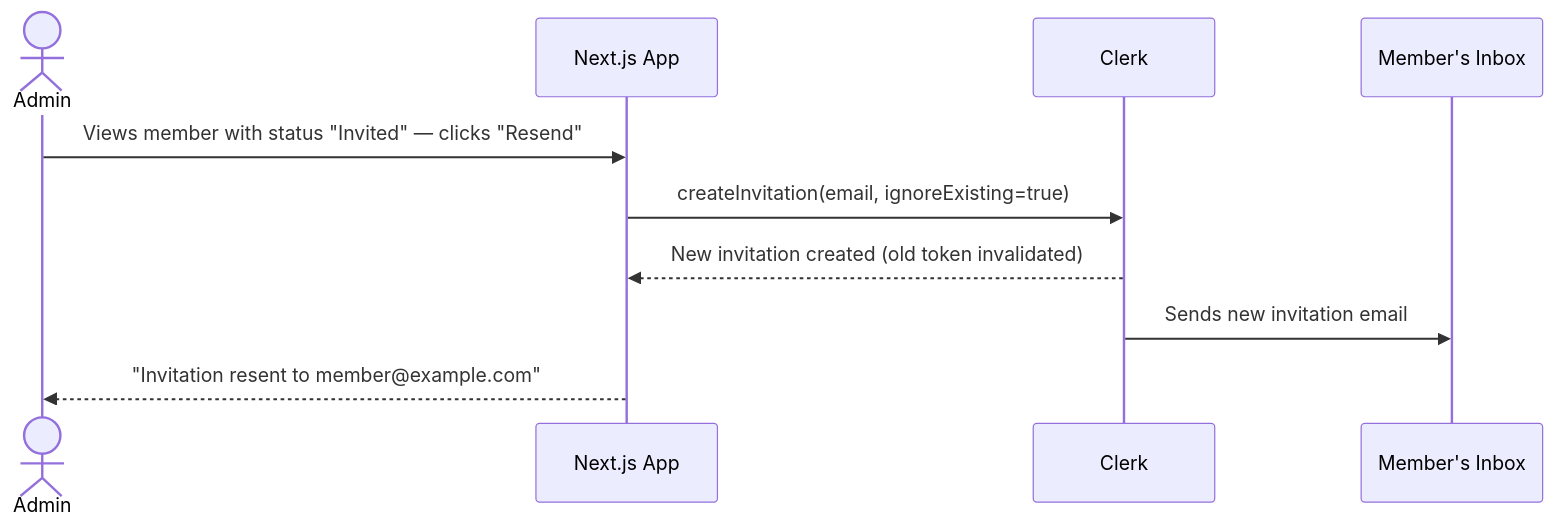
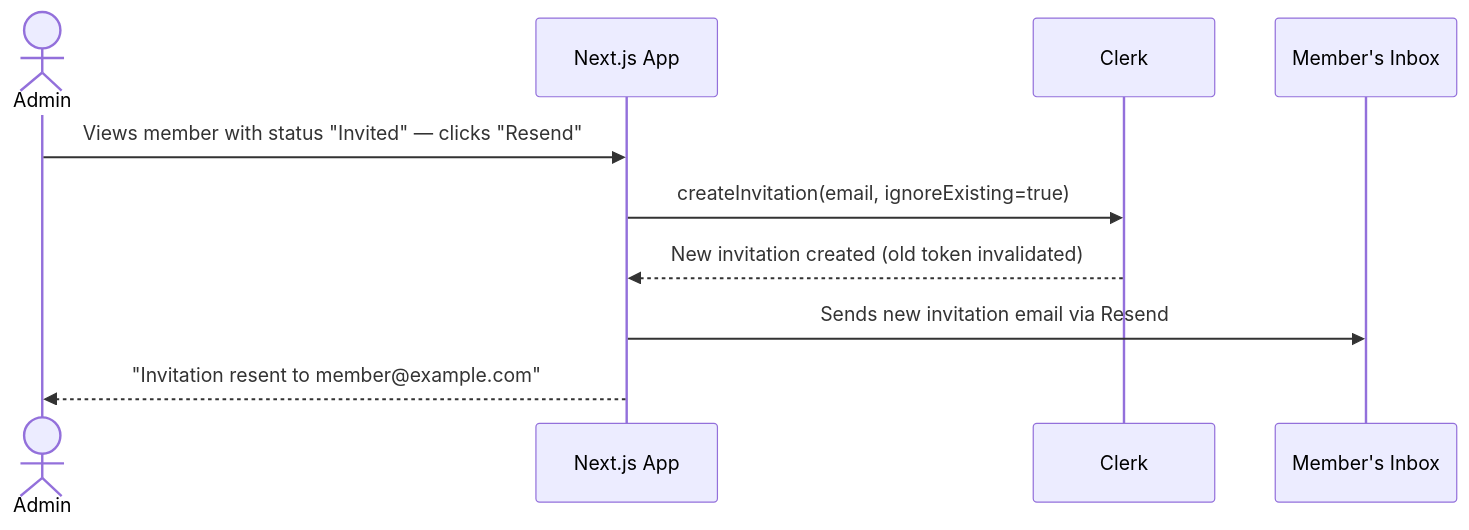
The fourth of 4 diagrams in docs/nsi-portal-onboarding-flow-design.md (spencerevison/nsi-portal), drawn with Mermaid before and after one commit. The commit also changed other lines of this file and 45 other files, not shown here.

````diff
--- a/docs/nsi-portal-onboarding-flow-design.md
+++ b/docs/nsi-portal-onboarding-flow-design.md
@@ -112,13 +113,13 @@
 ```mermaid
 sequenceDiagram
     actor Admin
     participant App as Next.js App
     participant CK as Clerk
     participant Email as Member's Inbox
 
     Admin->>App: Views member with status "Invited" — clicks "Resend"
     App->>CK: createInvitation(email, ignoreExisting=true)
     CK-->>App: New invitation created (old token invalidated)
-    CK->>Email: Sends new invitation email
+    App->>Email: Sends new invitation email via Resend
     App-->>Admin: "Invitation resent to member@example.com"
 ```
````
